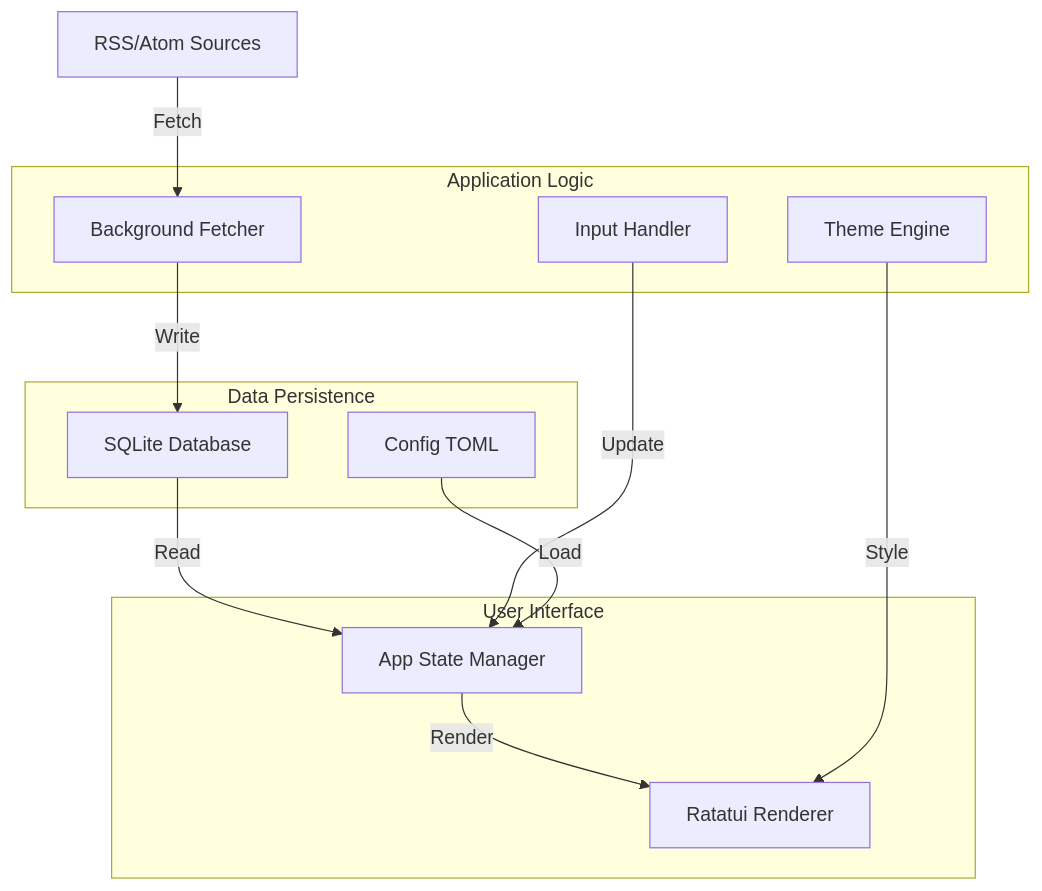
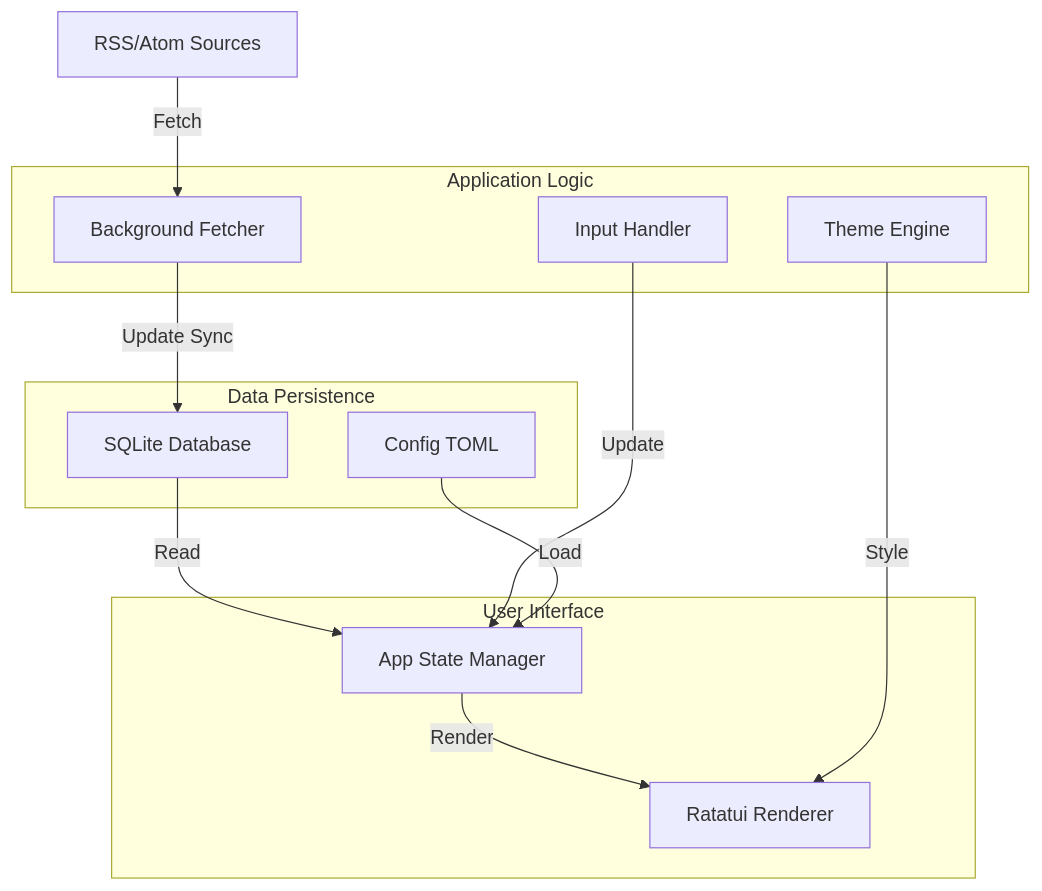
The diagram in README.md (rivadmorin/Ultra-Fast-Millisecond-News-TUI-in-Rust), drawn with Mermaid before and after one commit. The commit also changed other lines of this file and 6 other files, not shown here.

````diff
--- a/README.md
+++ b/README.md
@@ -18,26 +23,26 @@
 ```mermaid
 graph TD
     subgraph UI_Layer [User Interface]
         A[Ratatui Renderer]
         B[App State Manager]
     end
 
     subgraph Logic_Layer [Application Logic]
         C[Input Handler]
         D[Theme Engine]
         E[Background Fetcher]
     end
 
     subgraph Data_Layer [Data Persistence]
         F[SQLite Database]
         G[Config TOML]
     end
 
     H[RSS/Atom Sources] -->|Fetch| E
-    E -->|Write| F
+    E -->|Update Sync| F
     F -->|Read| B
     B -->|Render| A
     C -->|Update| B
     G -->|Load| B
     D -->|Style| A
 ```
````
